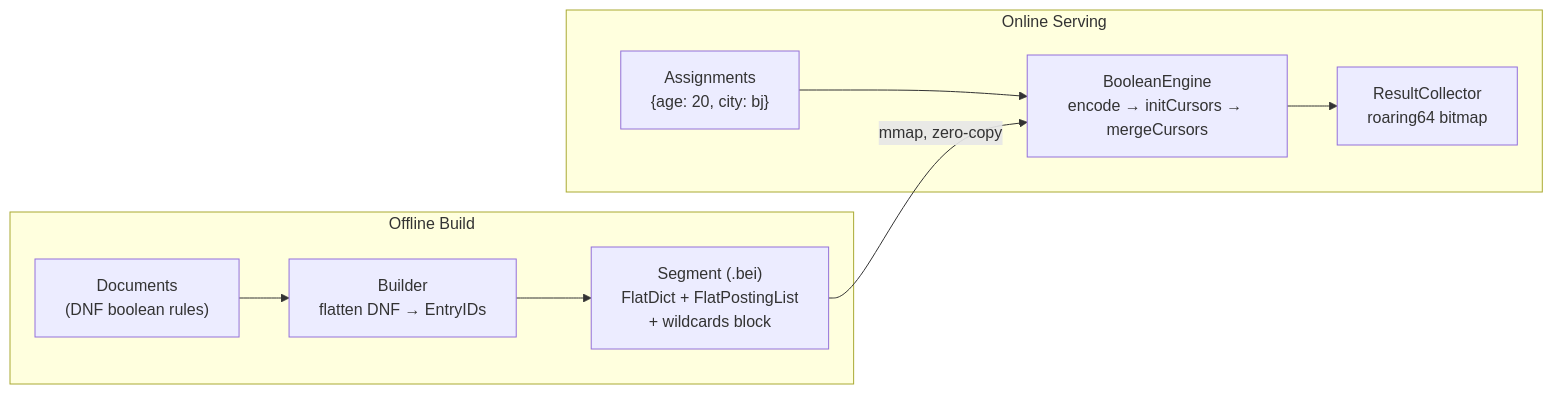
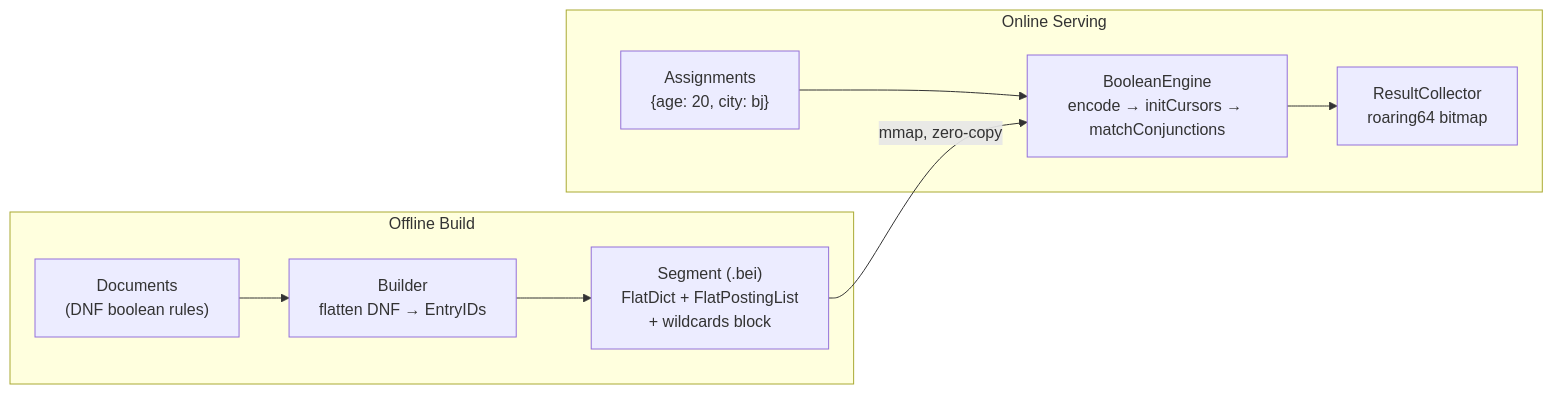
The first of 5 diagrams in README.md (echoface/be_indexer), drawn with Mermaid before and after one commit. The commit also changed other lines of this file and 157 other files, not shown here.

````diff
--- a/README.md
+++ b/README.md
@@ -13,12 +13,12 @@
 ```mermaid
 flowchart LR
     subgraph Offline["Offline Build"]
         D["Documents\n(DNF boolean rules)"] --> B["Builder\nflatten DNF → EntryIDs"]
         B --> S["Segment (.bei)\nFlatDict + FlatPostingList\n+ wildcards block"]
     end
     subgraph Online["Online Serving"]
-        Q["Assignments\n{age: 20, city: bj}"] --> E["BooleanEngine\nencode → initCursors → mergeCursors"]
+        Q["Assignments\n{age: 20, city: bj}"] --> E["BooleanEngine\nencode → initCursors → matchConjunctions"]
         S -->|mmap, zero-copy| E
         E --> R["ResultCollector\nroaring64 bitmap"]
     end
 ```
````
